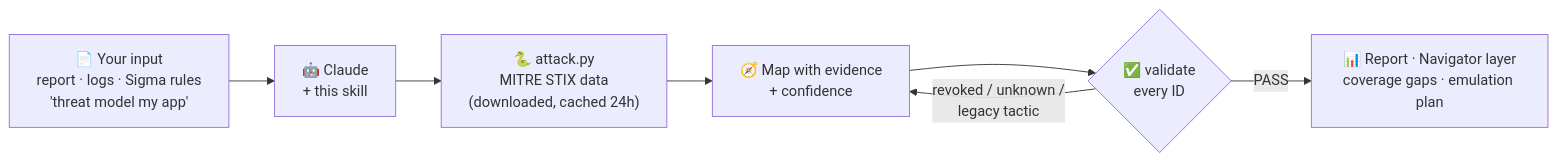
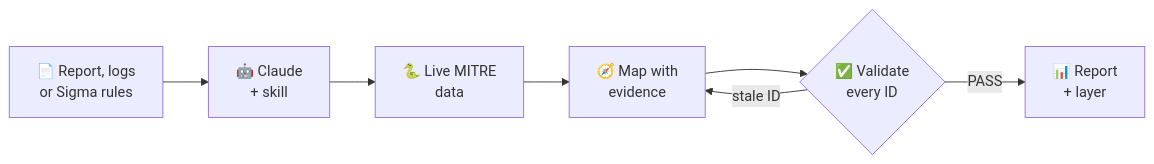
The diagram in README.md (THARAGESHWARAN-SATHYAMOORTHY/mitre-attack-skill), drawn with Mermaid before and after one commit.

Commit message:
docs: shorten flow diagram labels so it reads at github width

````diff
--- a/README.md
+++ b/README.md
@@ -181,9 +181,9 @@
 ```mermaid
 flowchart LR
-    A["📄 Your input<br/>report · logs · Sigma rules<br/>'threat model my app'"] --> B["🤖 Claude<br/>+ this skill"]
-    B --> C["🐍 attack.py<br/>MITRE STIX data<br/>(downloaded, cached 24h)"]
-    C --> D["🧭 Map with evidence<br/>+ confidence"]
-    D --> E{"✅ validate<br/>every ID"}
-    E -- "revoked / unknown /<br/>legacy tactic" --> D
-    E -- PASS --> F["📊 Report · Navigator layer<br/>coverage gaps · emulation plan"]
+    A["📄 Report, logs<br/>or Sigma rules"] --> B["🤖 Claude<br/>+ skill"]
+    B --> C["🐍 Live MITRE<br/>data"]
+    C --> D["🧭 Map with<br/>evidence"]
+    D --> E{"✅ Validate<br/>every ID"}
+    E -- "stale ID" --> D
+    E -- PASS --> F["📊 Report<br/>+ layer"]
 ```
````
